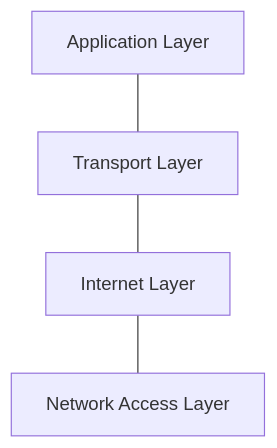
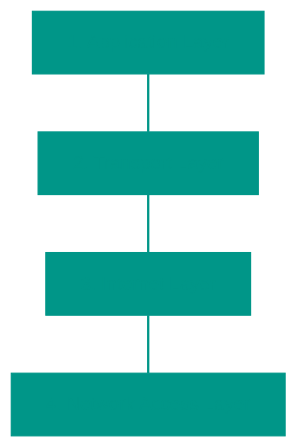
One commit to IBraveMonkey/data_structure-algorithms changed the diagram in eng/computer_science/03_networking/02_TCP-IP_Model.md. Above: the diagram before and after it, drawn with Mermaid. The commit also changed other lines of this file and 772 other files, not shown here.

````diff
--- a/eng/computer_science/03_networking/02_TCP-IP_Model.md
+++ b/eng/computer_science/03_networking/02_TCP-IP_Model.md
@@ -19,9 +21,18 @@
 ```mermaid
+%%{init: { 'theme': 'base', 'themeVariables': { 'lineColor': '#009688', 'primaryColor': '#009688', 'primaryTextColor': '#009688', 'attributeBkg': '#009688', 'attributeTextColor': '#009688', 'signalColor': '#009688', 'actorLineColor': '#009688', 'nodeBorder': '#009688', 'clusterBorder': '#009688', 'textColor': '#009688', 'fontSize': '16px' } } }%%
 graph TD
-    App[Application Layer]
-    Trans[Transport Layer]
-    Net[Internet Layer]
-    Link[Network Access Layer]
+    App[1. Application Layer]
+    Trans[2. Transport Layer]
+    Net[3. Internet Layer]
+    Link[4. Network Access Layer]
     
     App --- Trans --- Net --- Link
+
+
+
+linkStyle default stroke:#009688,stroke-width:2px;
+
+
+
+
 ```
````
